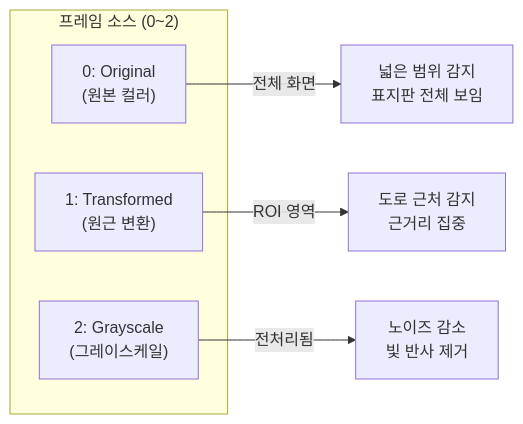
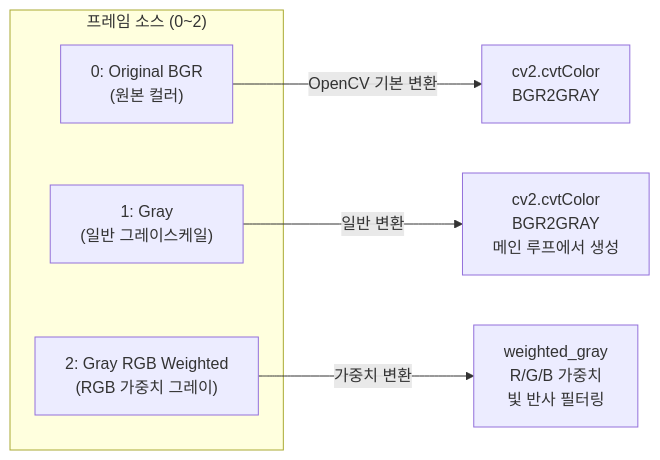
One commit to Collegenie-X/Raspbot-v2-self-driving-car changed the tenth of 13 diagrams in 04_cascade/3_2_AUTOPLOT_HAARCASCADE_가이드.md. Above: the diagram before and after it, drawn with Mermaid. The commit also changed other lines of this file and 4 other files, not shown here.

````diff
--- a/04_cascade/3_2_AUTOPLOT_HAARCASCADE_가이드.md
+++ b/04_cascade/3_2_AUTOPLOT_HAARCASCADE_가이드.md
@@ -527,12 +529,12 @@
 ```mermaid
 flowchart LR
     subgraph 소스선택["프레임 소스 (0~2)"]
-        S0["0: Original<br/>(원본 컬러)"]
-        S1["1: Transformed<br/>(원근 변환)"]
-        S2["2: Grayscale<br/>(그레이스케일)"]
+        S0["0: Original BGR<br/>(원본 컬러)"]
+        S1["1: Gray<br/>(일반 그레이스케일)"]
+        S2["2: Gray RGB Weighted<br/>(RGB 가중치 그레이)"]
     end
     
-    S0 --> |"전체 화면"| D0[넓은 범위 감지<br/>표지판 전체 보임]
-    S1 --> |"ROI 영역"| D1[도로 근처 감지<br/>근거리 집중]
-    S2 --> |"전처리됨"| D2[노이즈 감소<br/>빛 반사 제거]
+    S0 --> |"OpenCV 기본 변환"| D0[cv2.cvtColor<br/>BGR2GRAY]
+    S1 --> |"일반 변환"| D1[cv2.cvtColor<br/>BGR2GRAY<br/>메인 루프에서 생성]
+    S2 --> |"가중치 변환"| D2[weighted_gray<br/>R/G/B 가중치<br/>빛 반사 필터링]
 ```
````
